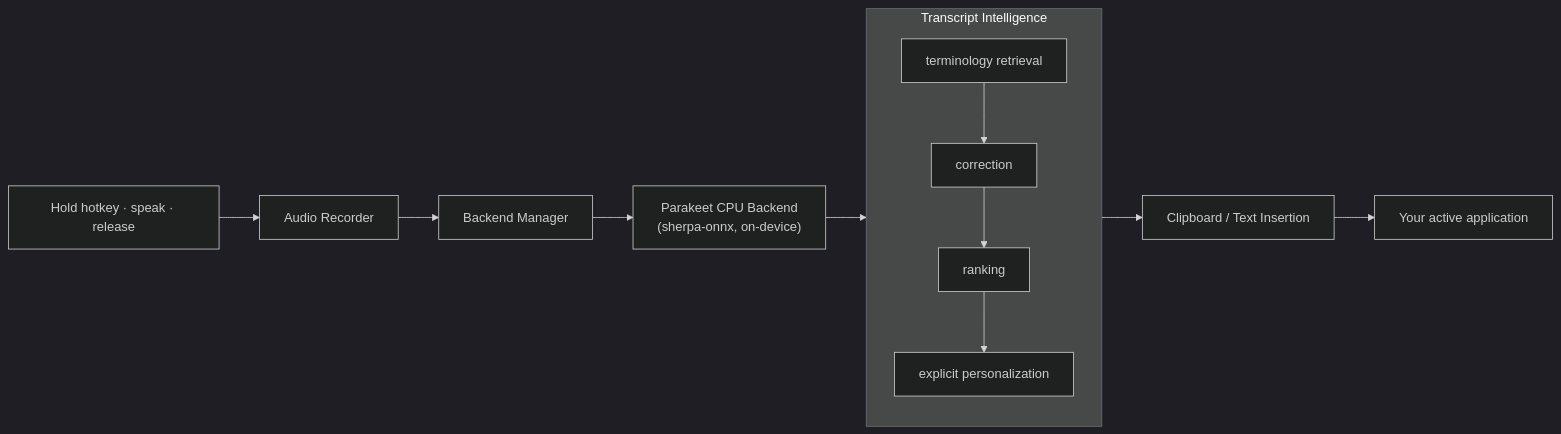
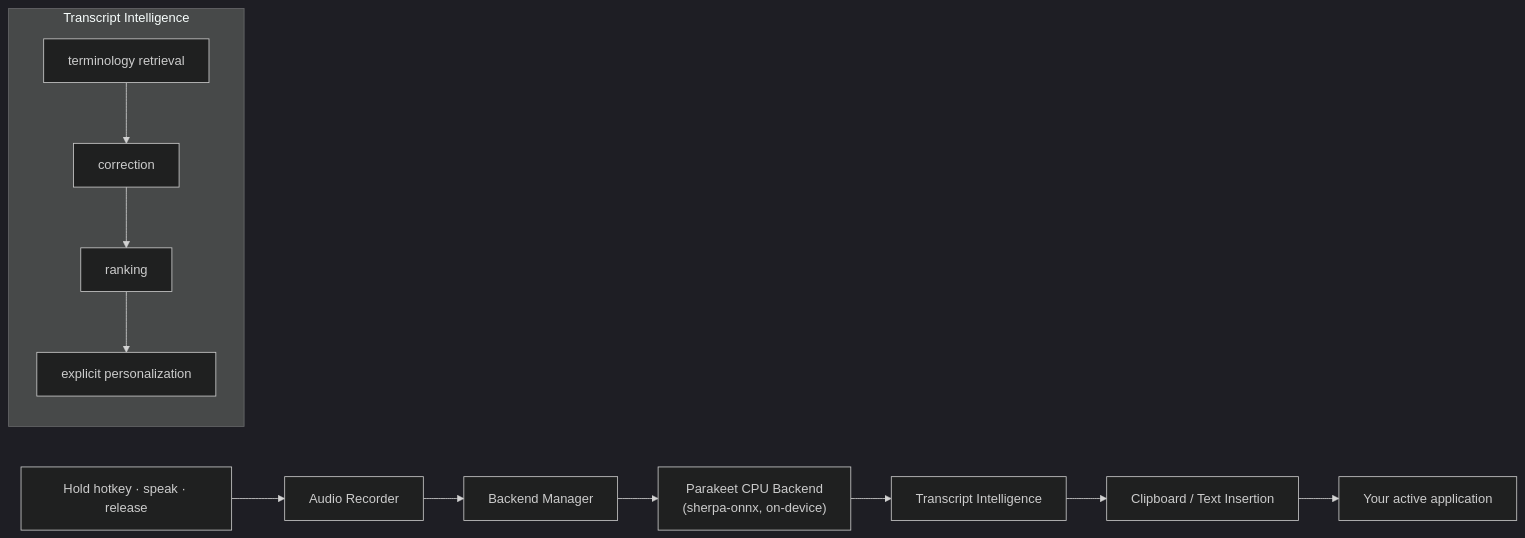
The first of 2 diagrams in README.md (SolvyrEryx/SayIt), drawn with Mermaid (dark theme) before and after one commit.

````diff
--- a/README.md
+++ b/README.md
@@ -78,14 +78,14 @@
 ```mermaid
 flowchart LR
     A["Hold hotkey · speak · release"] --> B[Audio Recorder]
     B --> C[Backend Manager]
     C --> D["Parakeet CPU Backend<br/>(sherpa-onnx, on-device)"]
     D --> E[Transcript Intelligence]
     E --> F[Clipboard / Text Insertion]
     F --> G[Your active application]
-    subgraph E [Transcript Intelligence]
+   subgraph TI [Transcript Intelligence]
       E1[terminology retrieval] --> E2[correction]
       E2 --> E3[ranking]
       E3 --> E4[explicit personalization]
     end
 ```
````
